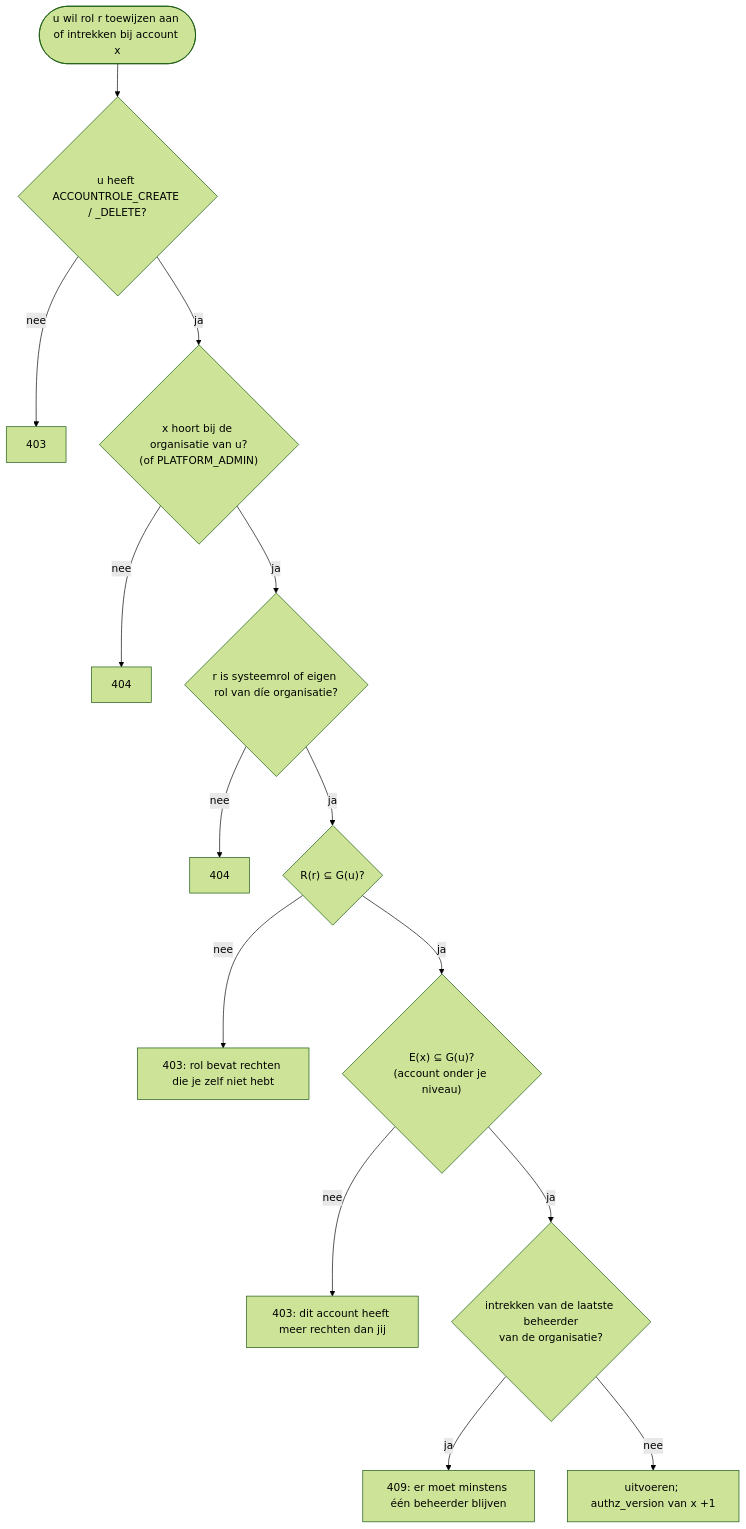
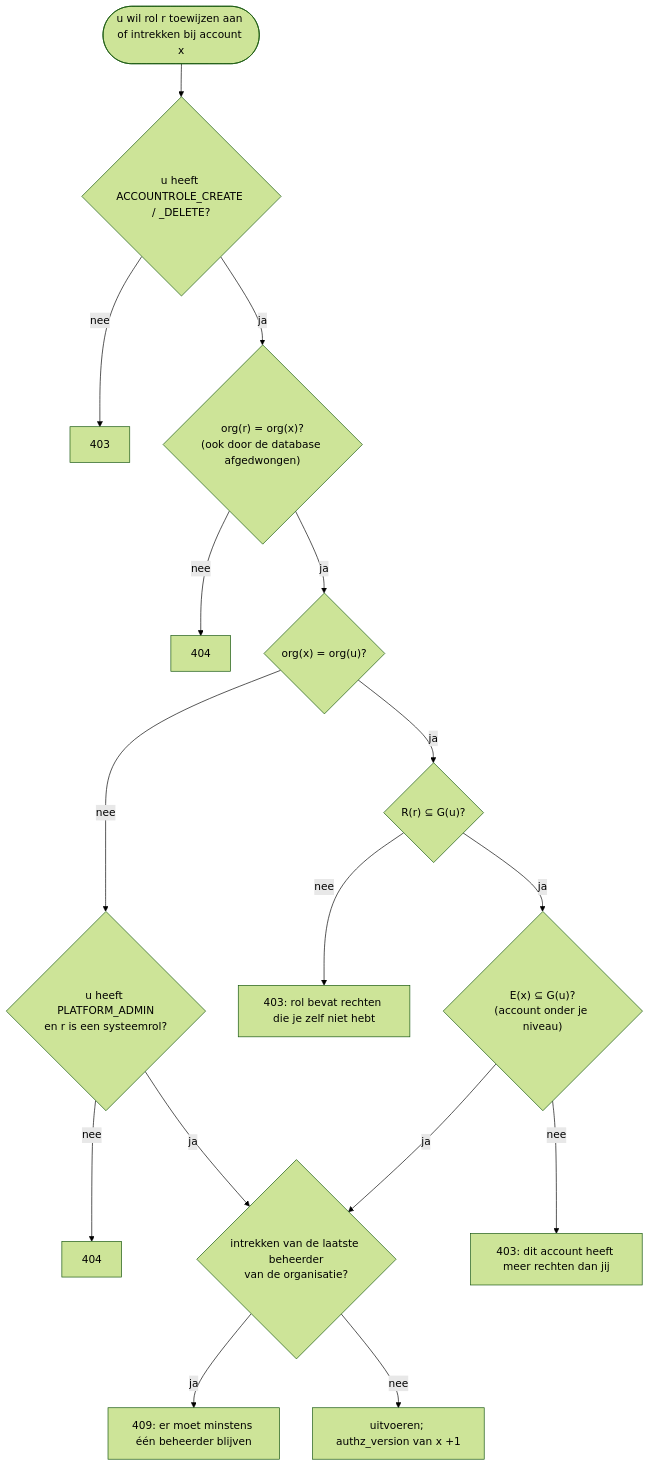
One commit to kbosma/rds changed the seventh of 12 diagrams in docs/voorstel-eigen-rollen.md. Above: the diagram before and after it, drawn with Mermaid (forest theme). The commit also changed other lines of this file and 1 other file, not shown here.

Commit message:
docs: voorstel eigen rollen met platformorganisatie, rollen per organisatie (kopieën van systeemrollen), naamgeving en auditvelden

````diff
--- a/docs/voorstel-eigen-rollen.md
+++ b/docs/voorstel-eigen-rollen.md
@@ -155,16 +344,18 @@
 ```mermaid
 flowchart TD
     start([u wil rol r toewijzen aan of intrekken bij account x]) --> p{"u heeft ACCOUNTROLE_CREATE / _DELETE?"}
     p -- nee --> f403a[403]
-    p -- ja --> orgx{"x hoort bij de organisatie van u?<br/>(of PLATFORM_ADMIN)"}
-    orgx -- nee --> f404[404]
-    orgx -- ja --> orgr{"r is systeemrol of eigen rol van díe organisatie?"}
-    orgr -- nee --> f404b[404]
-    orgr -- ja --> lvlr{"R(r) ⊆ G(u)?"}
+    p -- ja --> same{"org(r) = org(x)?<br/>(ook door de database afgedwongen)"}
+    same -- nee --> f404a[404]
+    same -- ja --> mine{"org(x) = org(u)?"}
+    mine -- nee --> plat{"u heeft PLATFORM_ADMIN<br/>en r is een systeemrol?"}
+    plat -- nee --> f404b[404]
+    plat -- ja --> last
+    mine -- ja --> lvlr{"R(r) ⊆ G(u)?"}
     lvlr -- nee --> f403b["403: rol bevat rechten die je zelf niet hebt"]
     lvlr -- ja --> lvlx{"E(x) ⊆ G(u)?<br/>(account onder je niveau)"}
     lvlx -- nee --> f403c["403: dit account heeft meer rechten dan jij"]
     lvlx -- ja --> last{"intrekken van de laatste beheerder<br/>van de organisatie?"}
     last -- ja --> f409["409: er moet minstens één beheerder blijven"]
     last -- nee --> ok["uitvoeren; authz_version van x +1"]
 ```
````
